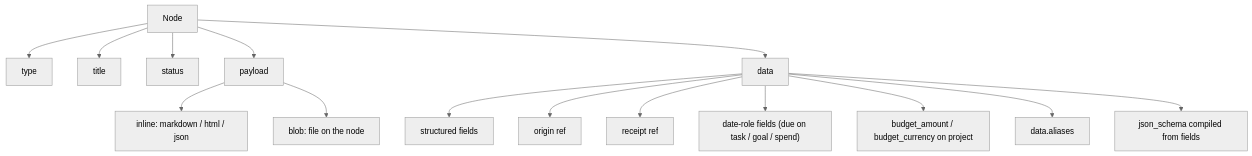
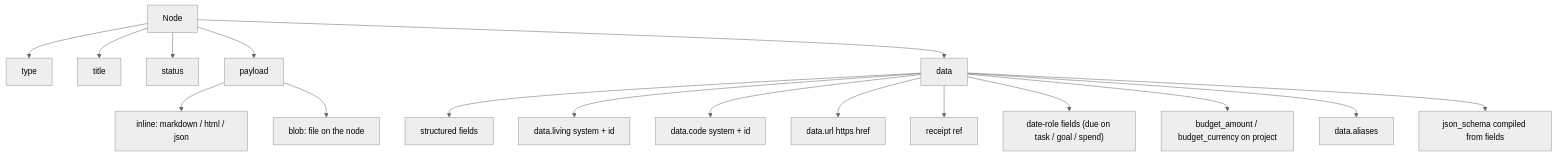
Before and after one commit to dgraziosi/foundation: the third of 11 diagrams in docs/ARCHITECTURE.md, drawn with Mermaid (neutral theme). The commit also changed other lines of this file and 38 other files, not shown here.

First line of the commit message:
Living and code pointers; Viewer Open on data.url

````diff
--- a/docs/ARCHITECTURE.md
+++ b/docs/ARCHITECTURE.md
@@ -64,20 +64,22 @@
 ```mermaid
 flowchart TB
   node_box["Node"]
   node_box --> node_type["type"]
   node_box --> node_title["title"]
   node_box --> node_status["status"]
   node_box --> node_payload["payload"]
   node_box --> node_data["data"]
 
   node_payload --> inline["inline: markdown / html / json"]
   node_payload --> blob_on_node["blob: file on the node"]
 
   node_data --> structured["structured fields"]
-  node_data --> origin["origin ref"]
+  node_data --> living["data.living system + id"]
+  node_data --> code["data.code system + id"]
+  node_data --> url["data.url https href"]
   node_data --> receipt["receipt ref"]
   node_data --> due["date-role fields (due on task / goal / spend)"]
   node_data --> budget["budget_amount / budget_currency on project"]
   node_data --> aliases["data.aliases"]
   node_data --> schema["json_schema compiled from fields"]
 ```
````
